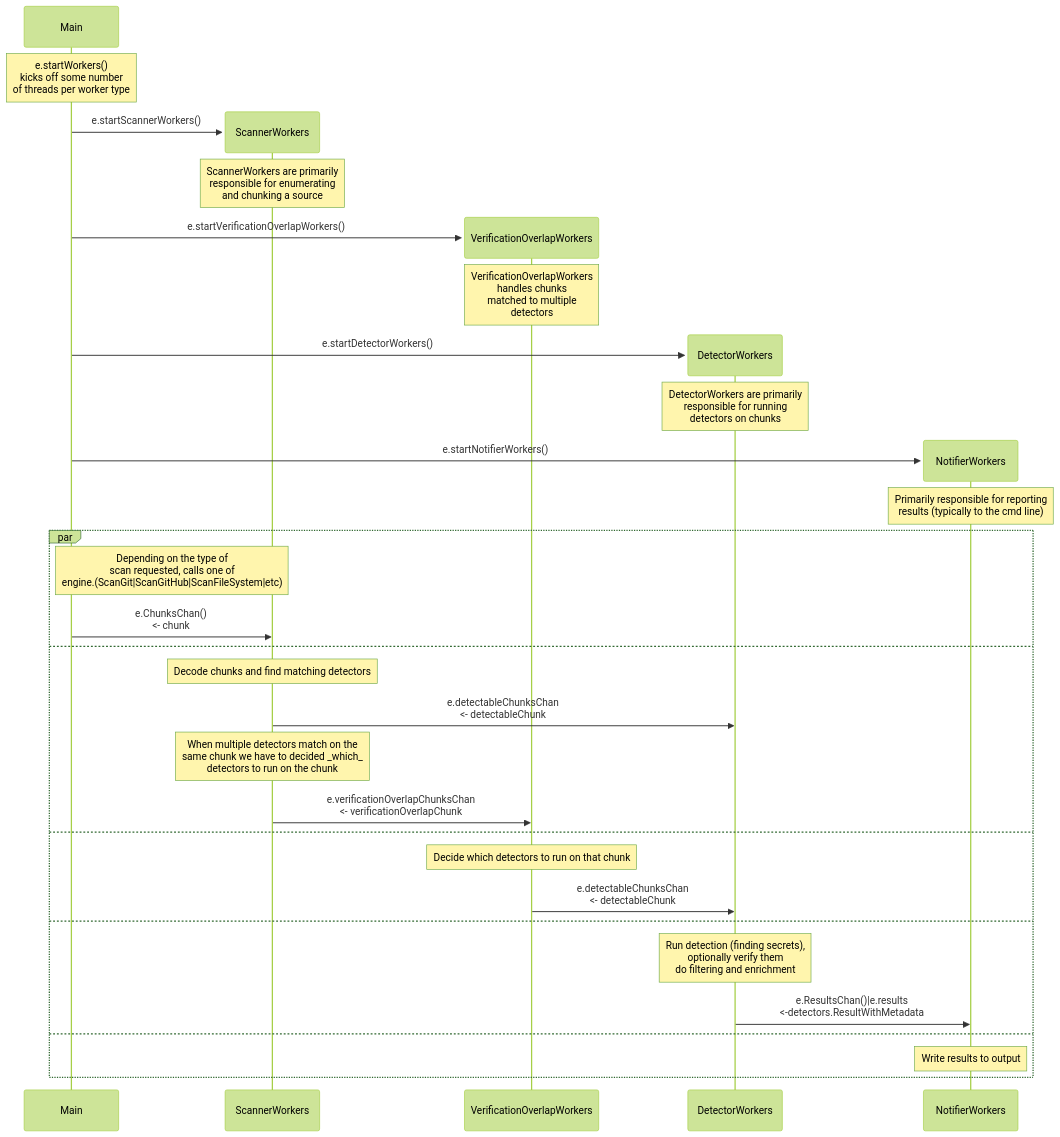
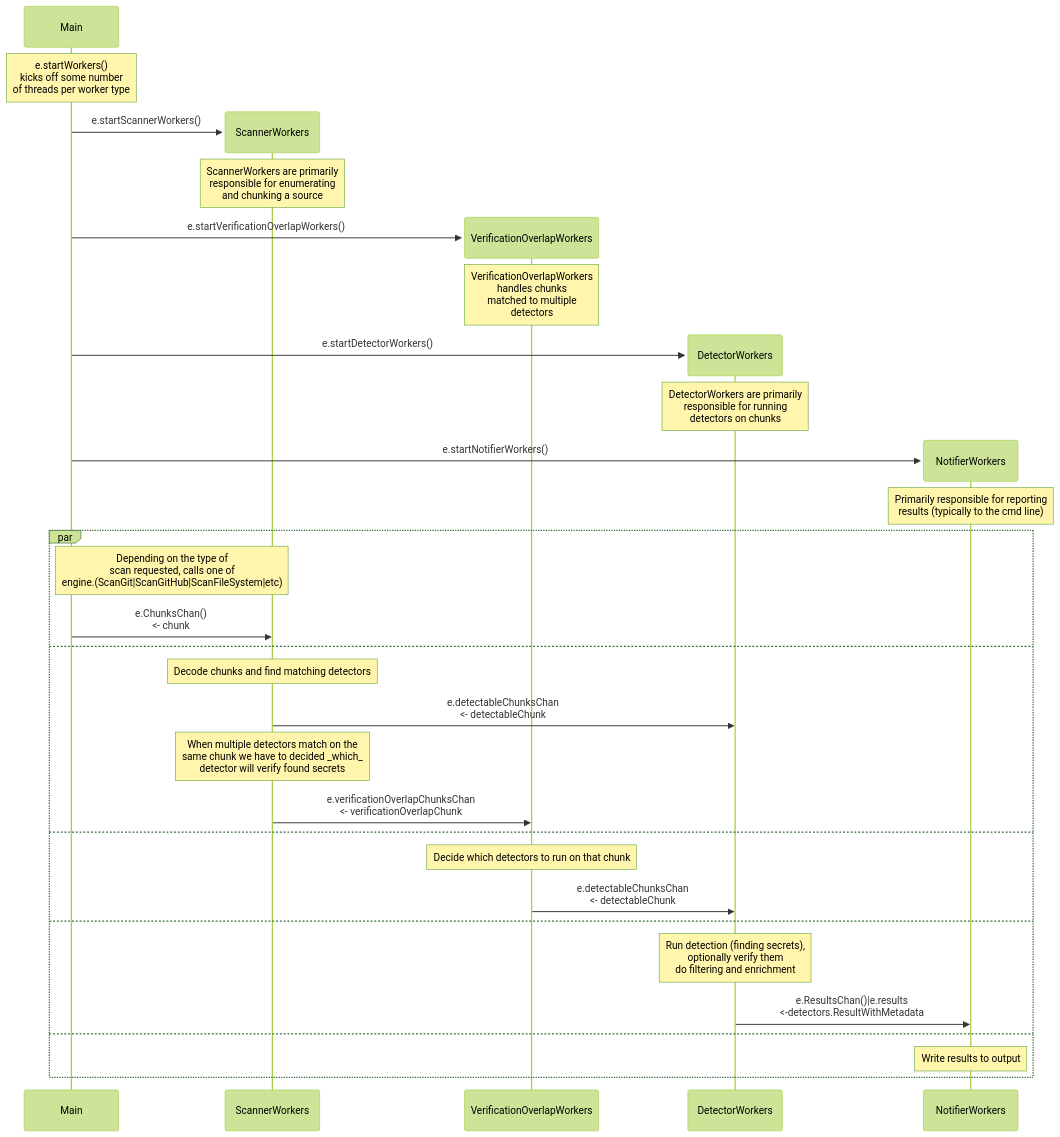
The diagram in concurrency.md (martinlocklear/trufflehog), drawn with Mermaid (forest theme) before and after one commit. The commit also changed 1 other file, not shown here.

Commit message:
WIP - Based on Cody's comments

````diff
--- a/concurrency.md
+++ b/concurrency.md
@@ -5,39 +5,39 @@
 ```mermaid
 sequenceDiagram
     %% Setup the workers
     participant Main
     Note over Main: e.startWorkers()<br />kicks off some number<br />of threads per worker type
     create participant ScannerWorkers
     Main->>ScannerWorkers: e.startScannerWorkers()
     Note over ScannerWorkers: ScannerWorkers are primarily<br />responsible for enumerating<br />and chunking a source
     create participant VerificationOverlapWorkers
     Main->>VerificationOverlapWorkers: e.startVerificationOverlapWorkers()
     Note over VerificationOverlapWorkers: VerificationOverlapWorkers<br />handles chunks<br />matched to multiple<br />detectors
     create participant DetectorWorkers
     Main->>DetectorWorkers: e.startDetectorWorkers()
     Note over DetectorWorkers: DetectorWorkers are primarily<br />responsible for running<br />detectors on chunks
     create participant NotifierWorkers
     Main->>NotifierWorkers: e.startNotifierWorkers()
     Note over NotifierWorkers: Primarily responsible for reporting<br />results (typically to the cmd line)
     
     %% Set up the parallelism
     par
         Note over Main,ScannerWorkers: Depending on the type of<br />scan requested, calls one of<br />engine.(ScanGit|ScanGitHub|ScanFileSystem|etc)
         Main->>ScannerWorkers:  e.ChunksChan()<br /><- chunk
     and 
         Note over ScannerWorkers: Decode chunks and find matching detectors
         ScannerWorkers->>DetectorWorkers: e.detectableChunksChan<br /><- detectableChunk
-        Note over ScannerWorkers: When multiple detectors match on the<br />same chunk we have to decided _which_<br />detectors to run on the chunk
+        Note over ScannerWorkers: When multiple detectors match on the<br />same chunk we have to decided _which_<br />detector will verify found secrets
         ScannerWorkers->>VerificationOverlapWorkers: e.verificationOverlapChunksChan<br /><- verificationOverlapChunk
     and
         Note over VerificationOverlapWorkers: Decide which detectors to run on that chunk
         VerificationOverlapWorkers->>DetectorWorkers:  e.detectableChunksChan<br /><- detectableChunk
     and
         Note over DetectorWorkers: Run detection (finding secrets),<br />optionally verify them<br />do filtering and enrichment
         DetectorWorkers->>NotifierWorkers: e.ResultsChan()|e.results<br /><-detectors.ResultWithMetadata
     and
         Note over NotifierWorkers: Write results to output
     end
         
     
 ```
````
